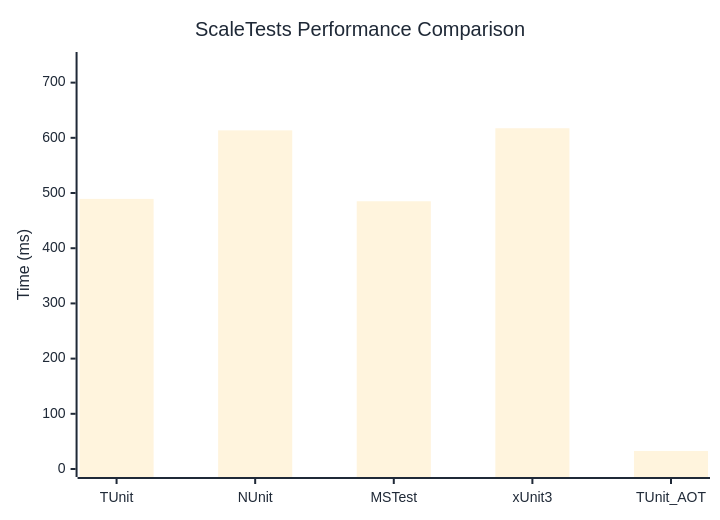
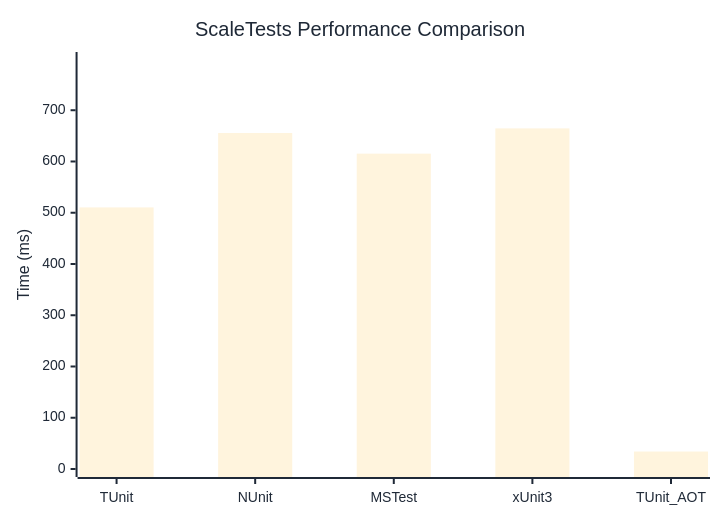
Before and after one commit to thomhurst/TUnit: the diagram in docs/docs/benchmarks/ScaleTests.md, drawn with Mermaid. The commit also changed other lines of this file and 17 other files, not shown here.

````diff
--- a/docs/docs/benchmarks/ScaleTests.md
+++ b/docs/docs/benchmarks/ScaleTests.md
@@ -27,37 +27,37 @@
 ```mermaid
 %%{init: {
   'theme':'base',
   'themeVariables': {
     'primaryColor': '#2563eb',
     'primaryTextColor': '#1f2937',
     'primaryBorderColor': '#1e40af',
     'lineColor': '#6b7280',
     'secondaryColor': '#7c3aed',
     'tertiaryColor': '#dc2626',
     'background': '#ffffff',
     'mainBkg': '#2563eb',
     'secondBkg': '#7c3aed',
     'tertiaryBkg': '#dc2626',
     'clusterBkg': '#f3f4f6',
     'edgeLabelBackground': '#ffffff',
     'tertiaryTextColor': '#1f2937',
     'pie1': '#2563eb',
     'pie2': '#7c3aed',
     'pie3': '#dc2626',
     'pie4': '#f59e0b',
     'pie5': '#10b981',
     'pie6': '#06b6d4',
     'pie7': '#ec4899',
     'pie8': '#6366f1',
     'pie9': '#84cc16',
     'pie10': '#f97316',
     'pie11': '#14b8a6',
     'pie12': '#a855f7'
   }
 }}%%
 xychart-beta
   title "ScaleTests Performance Comparison"
   x-axis ["TUnit", "NUnit", "MSTest", "xUnit3", "TUnit_AOT"]
-  y-axis "Time (ms)" 0 --> 741
-  bar [489.33, 613.55, 485.08, 617.35, 32.68]
+  y-axis "Time (ms)" 0 --> 798
+  bar [510.39, 655.52, 615.3, 664.58, 34.08]
 ```
````
